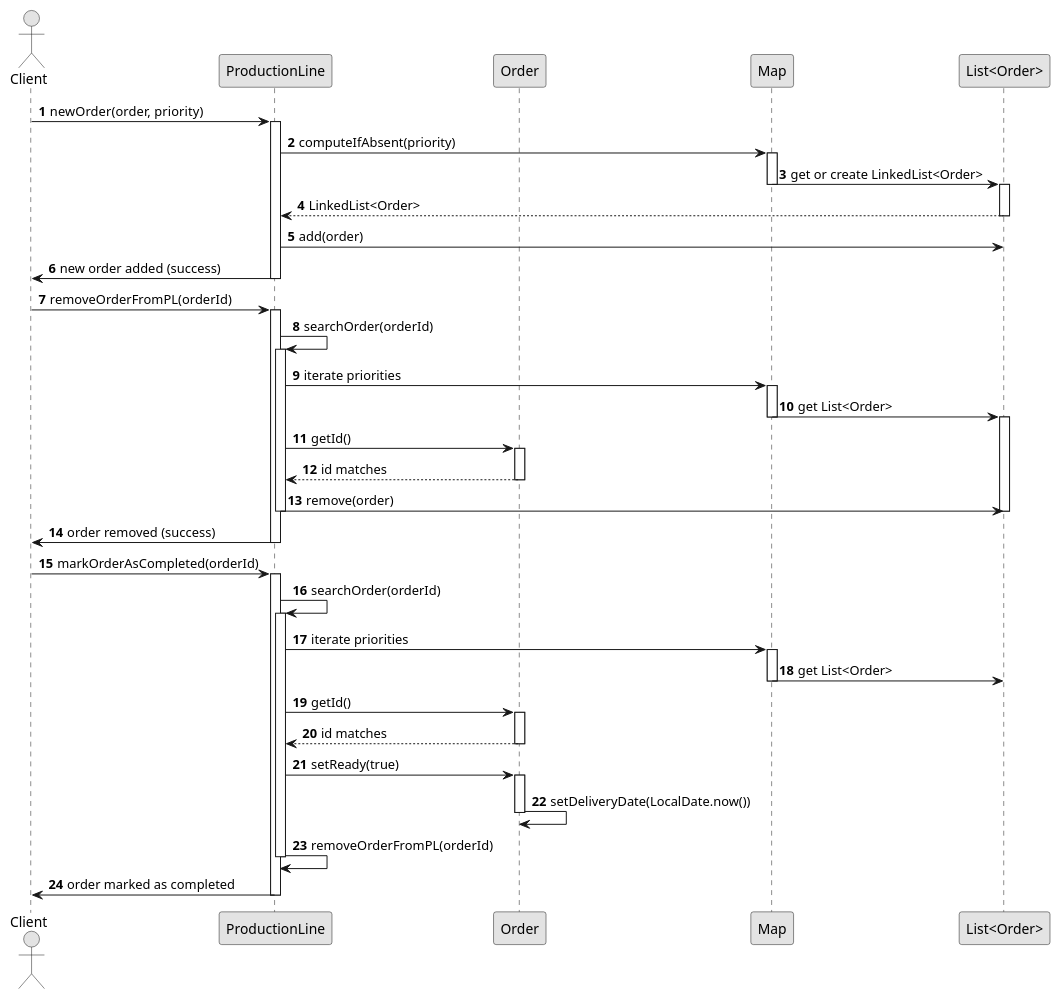
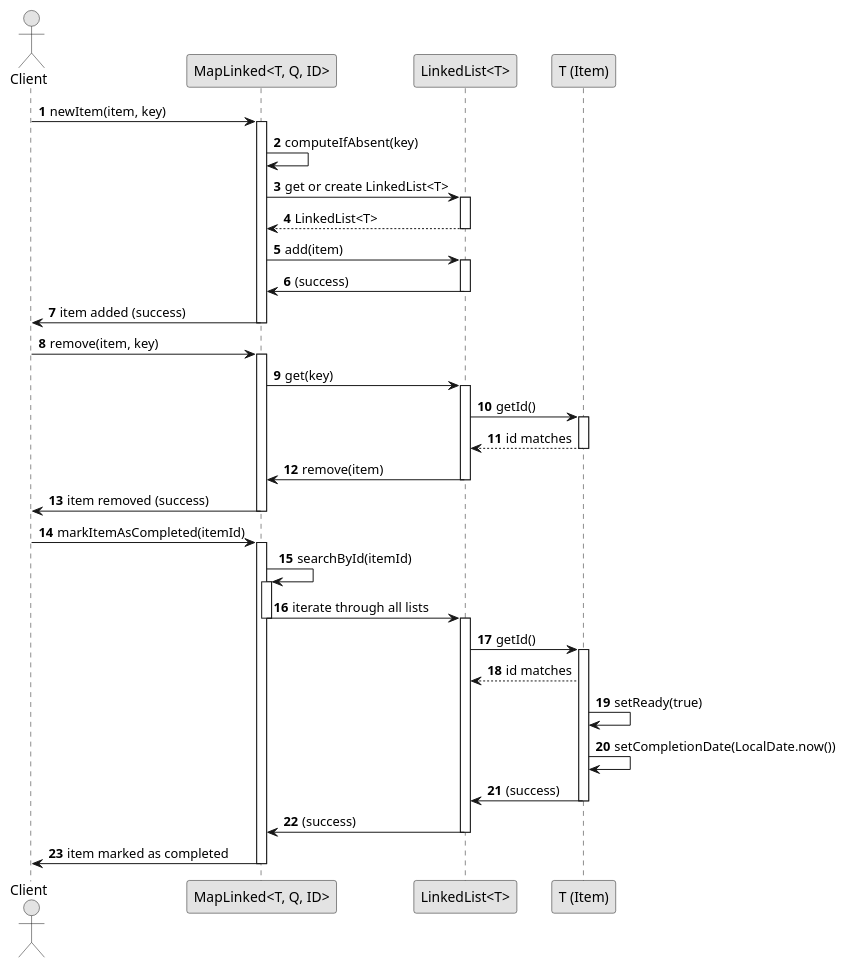
Before and after one commit to ricardomm7/buildflow: the diagram in others/documentation/usEI01/design/puml/sequence-diagram.puml, drawn with PlantUML. The commit also changed 5 other files, not shown here.

```diff
--- a/others/documentation/usEI01/design/puml/sequence-diagram.puml
+++ b/others/documentation/usEI01/design/puml/sequence-diagram.puml
@@ -1,80 +1,65 @@
 @startuml
 skinparam monochrome true
 skinparam packageStyle rectangle
 skinparam shadowing false
 
 autonumber
 
 actor "Client" as Client
-participant "ProductionLine" as ProductionLine
-participant "Order" as Order
-participant "Map" as Map
-participant "List<Order>" as ListOrder
+participant "MapLinked<T, Q, ID>" as MapLinked
+participant "LinkedList<T>" as ListItems
+participant "T (Item)" as Item
 
-Client -> ProductionLine : newOrder(order, priority)
-activate ProductionLine
+Client -> MapLinked : newItem(item, key)
+activate MapLinked
 
-ProductionLine -> Map : computeIfAbsent(priority)
-activate Map
-Map -> ListOrder : get or create LinkedList<Order>
-deactivate Map
-activate ListOrder
-ListOrder --> ProductionLine : LinkedList<Order>
-deactivate ListOrder
-ProductionLine -> ListOrder : add(order)
-deactivate ListOrder
+MapLinked -> MapLinked : computeIfAbsent(key)
+MapLinked -> ListItems : get or create LinkedList<T>
+activate ListItems
+ListItems --> MapLinked : LinkedList<T>
+deactivate ListItems
 
-ProductionLine -> Client : new order added (success)
-deactivate ProductionLine
+MapLinked -> ListItems : add(item)
+activate ListItems
+ListItems -> MapLinked : (success)
+deactivate ListItems
+MapLinked -> Client : item added (success)
+deactivate MapLinked
 
-Client -> ProductionLine : removeOrderFromPL(orderId)
-activate ProductionLine
+Client -> MapLinked : remove(item, key)
+activate MapLinked
 
-ProductionLine -> ProductionLine : searchOrder(orderId)
-activate ProductionLine
+MapLinked -> ListItems : get(key)
+activate ListItems
+ListItems -> Item : getId()
+activate Item
 
-ProductionLine -> Map : iterate priorities
-activate Map
-Map -> ListOrder : get List<Order>
-deactivate Map
-activate ListOrder
+Item --> ListItems : id matches
+deactivate Item
+ListItems -> MapLinked : remove(item)
+deactivate ListItems
+MapLinked -> Client : item removed (success)
+deactivate MapLinked
 
-ProductionLine -> Order : getId()
-activate Order
-Order --> ProductionLine : id matches
-deactivate Order
+Client -> MapLinked : markItemAsCompleted(itemId)
+activate MapLinked
 
-ProductionLine -> ListOrder : remove(order)
-deactivate ListOrder
-deactivate ProductionLine
+MapLinked -> MapLinked : searchById(itemId)
+activate MapLinked
+MapLinked -> ListItems : iterate through all lists
+deactivate MapLinked
+activate ListItems
+ListItems -> Item : getId()
+activate Item
 
-ProductionLine -> Client : order removed (success)
-deactivate ProductionLine
+Item --> ListItems : id matches
+Item -> Item : setReady(true)
+Item -> Item : setCompletionDate(LocalDate.now())
+Item -> ListItems : (success)
+deactivate Item
+ListItems -> MapLinked : (success)
+deactivate ListItems
 
-Client -> ProductionLine : markOrderAsCompleted(orderId)
-activate ProductionLine
-
-ProductionLine -> ProductionLine : searchOrder(orderId)
-activate ProductionLine
-
-ProductionLine -> Map : iterate priorities
-activate Map
-Map -> ListOrder : get List<Order>
-deactivate Map
-
-ProductionLine -> Order : getId()
-activate Order
-Order --> ProductionLine : id matches
-deactivate Order
-
-ProductionLine -> Order : setReady(true)
-activate Order
-Order -> Order : setDeliveryDate(LocalDate.now())
-deactivate Order
-
-ProductionLine -> ProductionLine : removeOrderFromPL(orderId)
-deactivate ProductionLine
-
-ProductionLine -> Client : order marked as completed
-deactivate ProductionLine
+MapLinked -> Client : item marked as completed
+deactivate MapLinked
 @enduml
```
